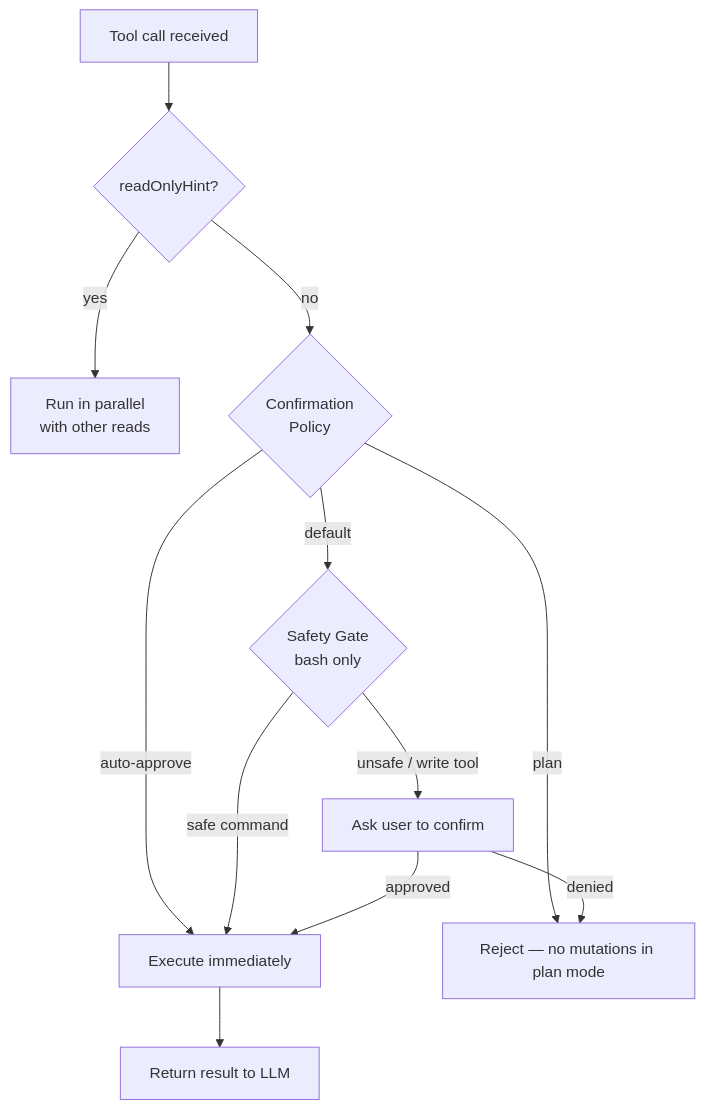
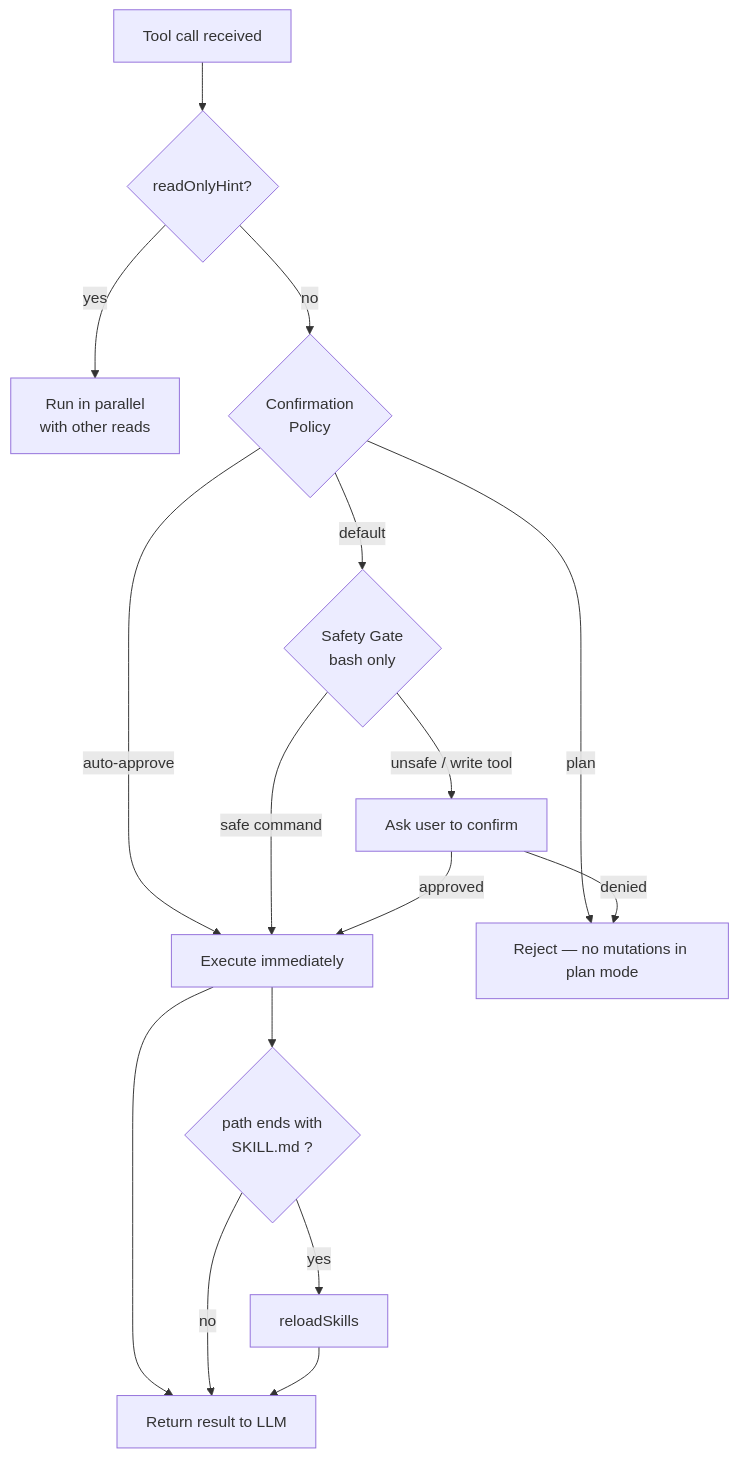
The fourth of 13 diagrams in website/docs/architecture/flows.md (Algiras/ak-coder), drawn with Mermaid before and after one commit. The commit also changed other lines of this file and 11 other files, not shown here.

First line of the commit message:
docs: document 0.1.8 skills, sessions, and architecture flows (#20)

````diff
--- a/website/docs/architecture/flows.md
+++ b/website/docs/architecture/flows.md
@@ -39,14 +126,18 @@
 ```mermaid
 flowchart TD
     TC[Tool call received] --> RO{readOnlyHint?}
-    RO -->|yes| PAR[Run in parallel\nwith other reads]
-    RO -->|no| CP{Confirmation\nPolicy}
+    RO -->|yes| PAR[Run in parallel<br/>with other reads]
+    RO -->|no| CP{Confirmation<br/>Policy}
     CP -->|auto-approve| EXEC[Execute immediately]
     CP -->|plan| DENY[Reject — no mutations in plan mode]
-    CP -->|default| SG{Safety Gate\nbash only}
+    CP -->|default| SG{Safety Gate<br/>bash only}
     SG -->|safe command| EXEC
     SG -->|unsafe / write tool| CONFIRM[Ask user to confirm]
     CONFIRM -->|approved| EXEC
     CONFIRM -->|denied| DENY
     EXEC --> RES[Return result to LLM]
+    EXEC --> SK{path ends with<br/>SKILL.md ?}
+    SK -->|yes| RL[reloadSkills]
+    SK -->|no| RES
+    RL --> RES
 ```
````
